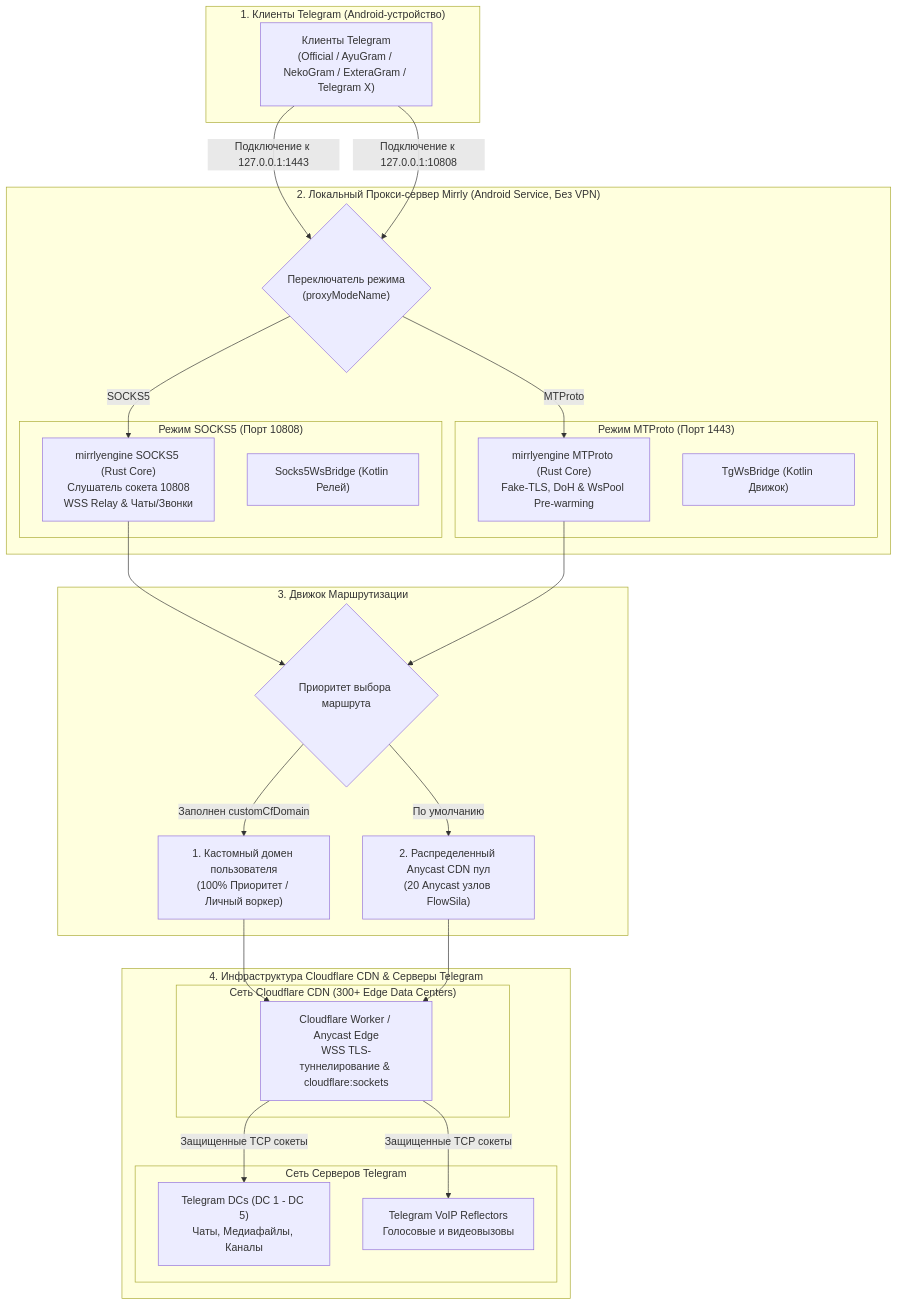
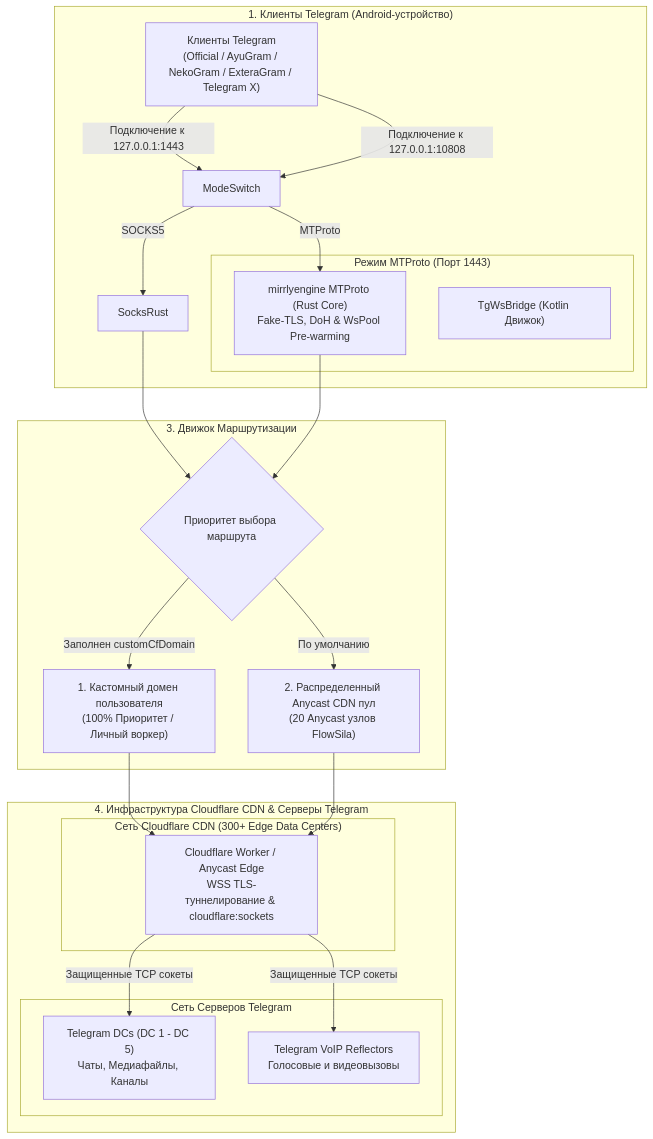
The diagram in README.md (joycecurcirt539-dot/Mirrly-TG-Proxy), drawn with Mermaid before and after one commit. The commit also changed other lines of this file and 64 other files, not shown here.

````diff
--- a/README.md
+++ b/README.md
@@ -142,55 +143,46 @@
 ```mermaid
 flowchart TD
     subgraph ClientLayer ["1. Клиенты Telegram (Android-устройство)"]
         TGApp["Клиенты Telegram<br/>(Official / AyuGram / NekoGram / ExteraGram / Telegram X)"]
-    end
-
-    subgraph ServiceLayer ["2. Локальный Прокси-сервер Mirrly (Android Service, Без VPN)"]
-        ModeSwitch{"Переключатель режима<br/>(proxyModeName)"}
-        
-        subgraph SocksBox ["Режим SOCKS5 (Порт 10808)"]
-            SocksRust["mirrlyengine SOCKS5 (Rust Core)<br/>Слушатель сокета 10808<br/>WSS Relay & Чаты/Звонки"]
-            SocksKotlin["Socks5WsBridge (Kotlin Релей)"]
-        end
 
         subgraph MtprotoBox ["Режим MTProto (Порт 1443)"]
             MtprotoRust["mirrlyengine MTProto (Rust Core)<br/>Fake-TLS, DoH & WsPool Pre-warming"]
             MtprotoKotlin["TgWsBridge (Kotlin Движок)"]
         end
 
         ModeSwitch -->|SOCKS5| SocksRust
         ModeSwitch -->|MTProto| MtprotoRust
     end
 
     subgraph ResolverLayer ["3. Движок Маршрутизации"]
         WorkerResolver{"Приоритет выбора маршрута"}
         UserWorker["1. Кастомный домен пользователя<br/>(100% Приоритет / Личный воркер)"]
         FlowsilaPool["2. Распределенный Anycast CDN пул<br/>(20 Anycast узлов FlowSila)"]
 
         WorkerResolver -->|Заполнен customCfDomain| UserWorker
         WorkerResolver -->|По умолчанию| FlowsilaPool
     end
 
     subgraph InfrastructureLayer ["4. Инфраструктура Cloudflare CDN & Серверы Telegram"]
         subgraph CFEdge ["Сеть Cloudflare CDN (300+ Edge Data Centers)"]
             CFWorker["Cloudflare Worker / Anycast Edge<br/>WSS TLS-туннелирование & cloudflare:sockets"]
         end
 
         subgraph TelegramInfra ["Сеть Серверов Telegram"]
             TelegramDC["Telegram DCs (DC 1 - DC 5)<br/>Чаты, Медиафайлы, Каналы"]
             VoIPNodes["Telegram VoIP Reflectors<br/>Голосовые и видеовызовы"]
         end
 
         CFWorker -->|Защищенные TCP сокеты| TelegramDC
         CFWorker -->|Защищенные TCP сокеты| VoIPNodes
     end
 
     TGApp -->|Подключение к 127.0.0.1:1443| ModeSwitch
     TGApp -->|Подключение к 127.0.0.1:10808| ModeSwitch
     
     SocksRust --> WorkerResolver
     MtprotoRust --> WorkerResolver
     
     UserWorker --> CFWorker
     FlowsilaPool --> CFWorker
 ```
````
